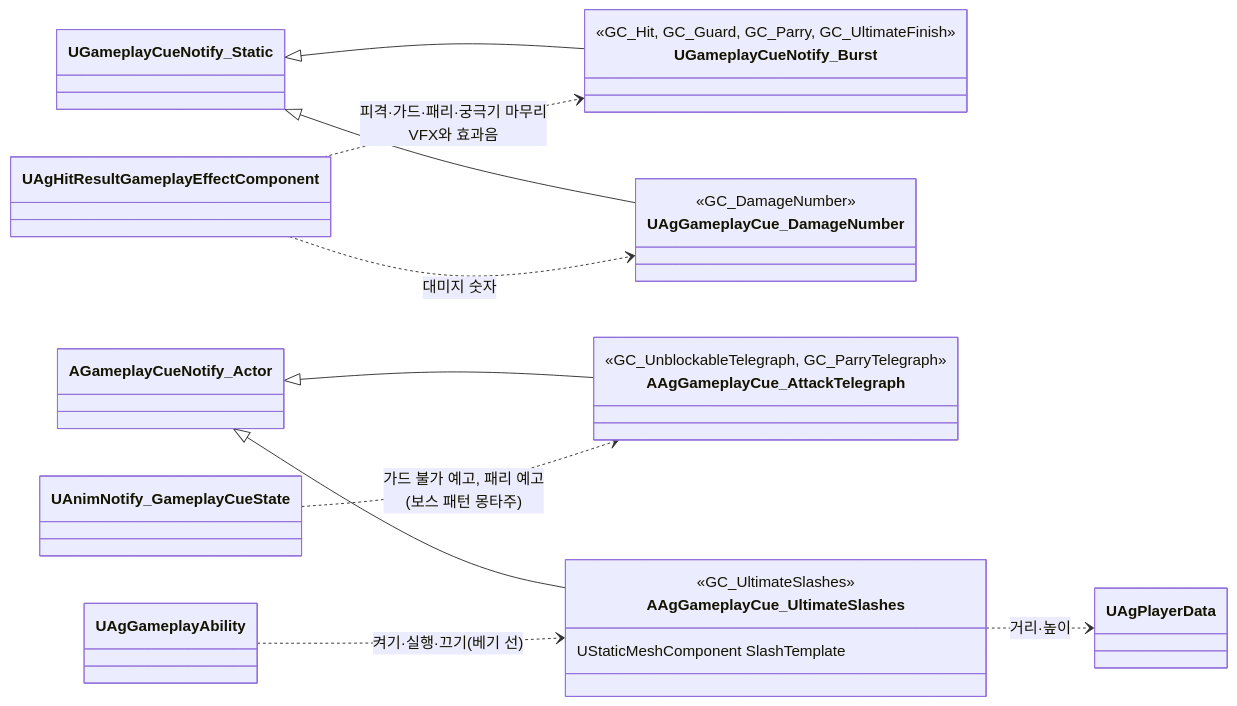
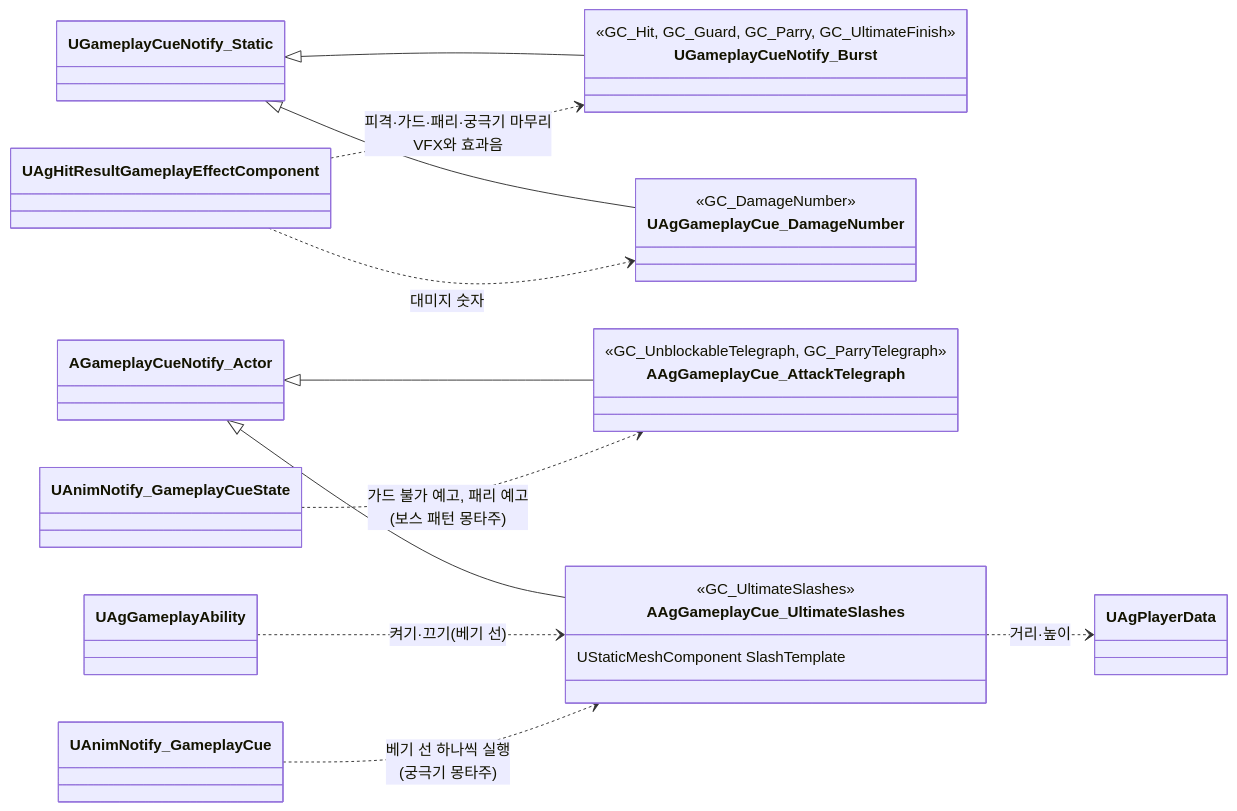
The second of 2 diagrams in Docs/Program/전투 규칙.md (Woogl/Ag), drawn with Mermaid before and after one commit. The commit also changed other lines of this file and 87 other files, not shown here.

````diff
--- a/Docs/Program/전투 규칙.md
+++ b/Docs/Program/전투 규칙.md
@@ -56,27 +56,28 @@
 ```mermaid
 classDiagram
     direction LR
     class UGameplayCueNotify_Burst {
         <<GC_Hit, GC_Guard, GC_Parry, GC_UltimateFinish>>
     }
     class UAgGameplayCue_DamageNumber {
         <<GC_DamageNumber>>
     }
     class AAgGameplayCue_AttackTelegraph {
         <<GC_UnblockableTelegraph, GC_ParryTelegraph>>
     }
     class AAgGameplayCue_UltimateSlashes {
         <<GC_UltimateSlashes>>
         UStaticMeshComponent SlashTemplate
     }
     UGameplayCueNotify_Static <|-- UGameplayCueNotify_Burst
     UGameplayCueNotify_Static <|-- UAgGameplayCue_DamageNumber
     AGameplayCueNotify_Actor <|-- AAgGameplayCue_AttackTelegraph
     AGameplayCueNotify_Actor <|-- AAgGameplayCue_UltimateSlashes
 
     UAgHitResultGameplayEffectComponent ..> UGameplayCueNotify_Burst : 피격·가드·패리·궁극기 마무리<br>VFX와 효과음
     UAgHitResultGameplayEffectComponent ..> UAgGameplayCue_DamageNumber : 대미지 숫자
     UAnimNotify_GameplayCueState ..> AAgGameplayCue_AttackTelegraph : 가드 불가 예고, 패리 예고<br>(보스 패턴 몽타주)
-    UAgGameplayAbility ..> AAgGameplayCue_UltimateSlashes : 켜기·실행·끄기(베기 선)
+    UAgGameplayAbility ..> AAgGameplayCue_UltimateSlashes : 켜기·끄기(베기 선)
+    UAnimNotify_GameplayCue ..> AAgGameplayCue_UltimateSlashes : 베기 선 하나씩 실행<br>(궁극기 몽타주)
     AAgGameplayCue_UltimateSlashes ..> UAgPlayerData : 거리·높이
 ```
````
